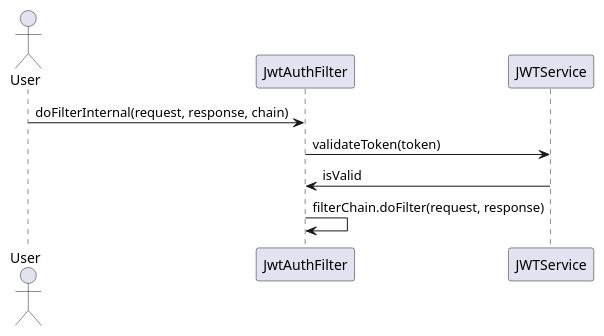
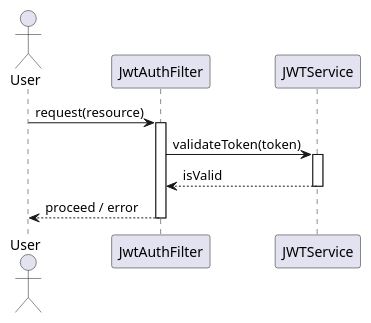
Before and after one commit to Dinesh-s95/AutoDoc.ai: the third of 5 diagrams in identityprovider/documentation/detaileddesign.adoc, drawn with PlantUML. The commit also changed other lines of this file and 2 other files, not shown here.

````diff
--- a/identityprovider/documentation/detaileddesign.adoc
+++ b/identityprovider/documentation/detaileddesign.adoc
@@ -210,12 +232,17 @@
-```plantuml
+[plantuml, jwt-validation-sequence, png]
+----
 @startuml
-actor "User" as user
-participant "JwtAuthFilter" as filter
-participant "JWTService" as jwt
+actor User
+participant JwtAuthFilter
+participant JWTService
 
-user -> filter : doFilterInternal(request, response, chain)
-filter -> jwt : validateToken(token)
-jwt -> filter : isValid
-filter -> filter : filterChain.doFilter(request, response)
+User -> JwtAuthFilter : request(resource)
+activate JwtAuthFilter
+JwtAuthFilter -> JWTService : validateToken(token)
+activate JWTService
+JWTService --> JwtAuthFilter : isValid
+deactivate JWTService
+JwtAuthFilter --> User : proceed / error
+deactivate JwtAuthFilter
 @enduml
-```
+----
````
